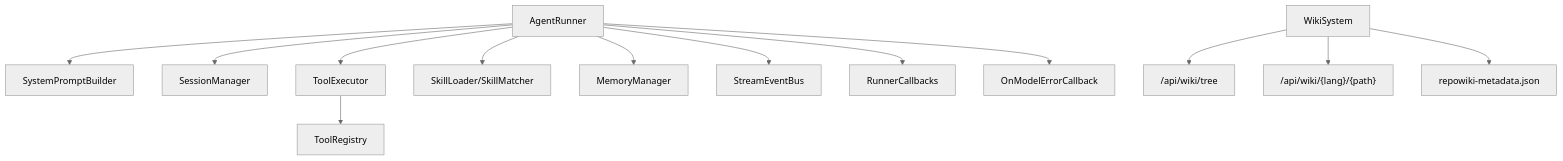
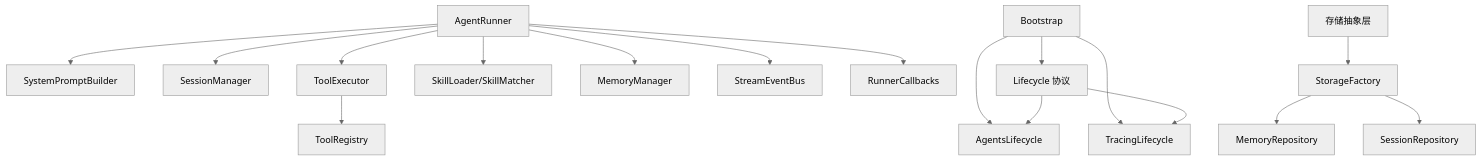
The tenth of 10 diagrams in repowiki/zh/content/核心框架/核心框架.md (YU-JI-KUI/ark-agentic), drawn with Mermaid (neutral theme) before and after one commit. The commit also changed other lines of this file and 116 other files, not shown here.

````diff
--- a/repowiki/zh/content/核心框架/核心框架.md
+++ b/repowiki/zh/content/核心框架/核心框架.md
@@ -516,15 +556,19 @@
 ```mermaid
 graph TB
 Runner["AgentRunner"] --> Prompt["SystemPromptBuilder"]
 Runner --> Session["SessionManager"]
 Runner --> Tools["ToolExecutor"]
 Tools --> Registry["ToolRegistry"]
 Runner --> Skills["SkillLoader/SkillMatcher"]
 Runner --> Memory["MemoryManager"]
 Runner --> Events["StreamEventBus"]
 Runner --> Callbacks["RunnerCallbacks"]
-Runner --> ErrorHook["OnModelErrorCallback"]
-Wiki["WikiSystem"] --> TreeAPI["/api/wiki/tree"]
-Wiki --> PageAPI["/api/wiki/{lang}/{path}"]
-Wiki --> Metadata["repowiki-metadata.json"]
+Bootstrap["Bootstrap"] --> Lifecycle["Lifecycle 协议"]
+Bootstrap --> Agents["AgentsLifecycle"]
+Bootstrap --> Tracing["TracingLifecycle"]
+Storage["存储抽象层"] --> Factory["StorageFactory"]
+Factory --> MemoryRepo["MemoryRepository"]
+Factory --> SessionRepo["SessionRepository"]
+Lifecycle --> Agents
+Lifecycle --> Tracing
 ```
````
